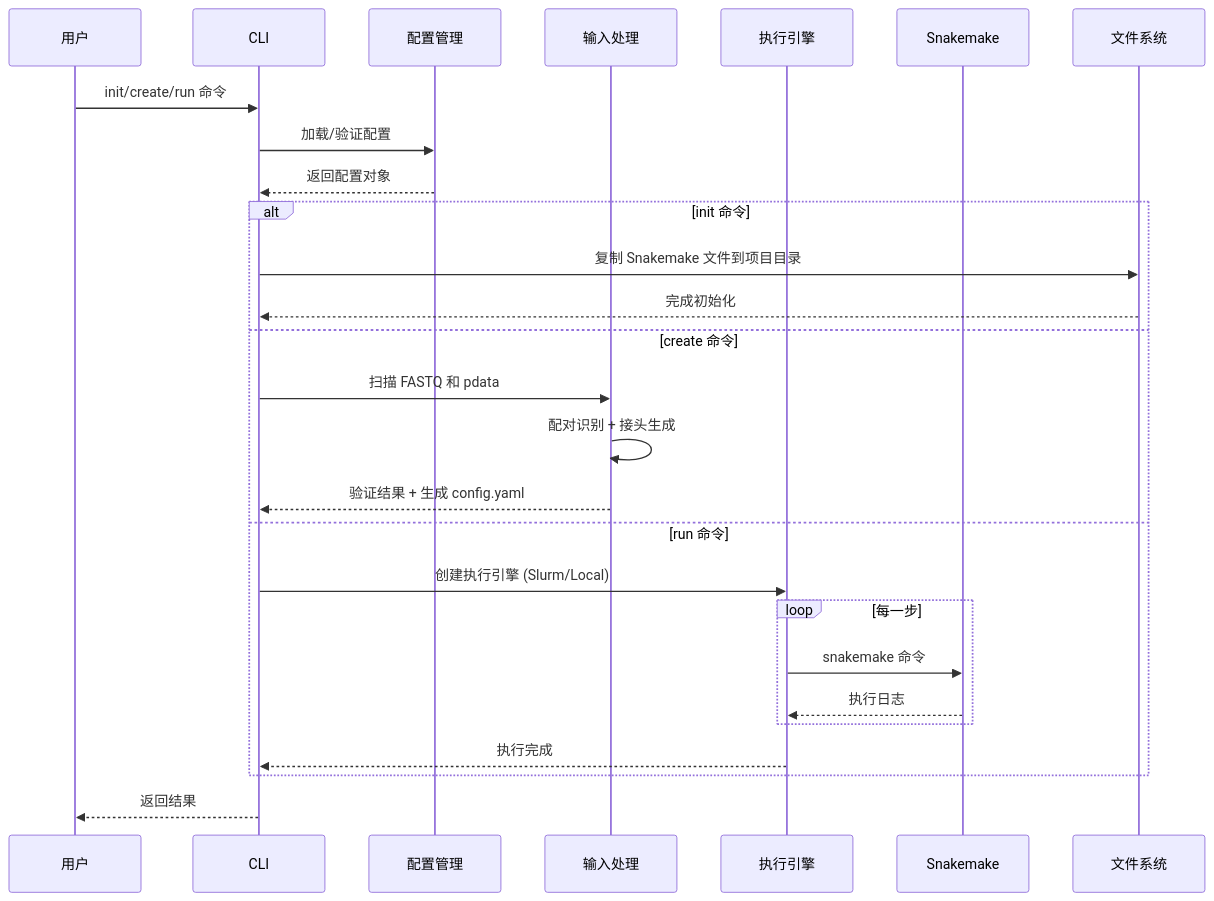
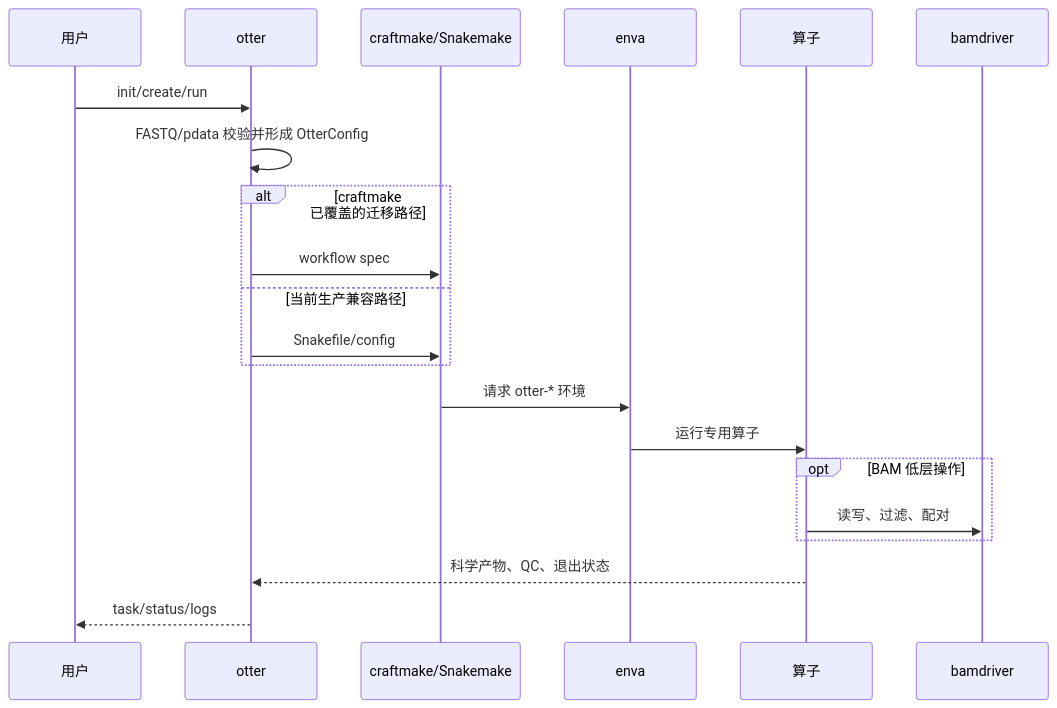
The second of 2 diagrams in docs/architecture.md (rainoffallingstar/otter-release), drawn with Mermaid before and after one commit. The commit also changed other lines of this file and 126 other files, not shown here.

````diff
--- a/docs/architecture.md
+++ b/docs/architecture.md
@@ -108,32 +69,24 @@
 ```mermaid
 sequenceDiagram
     participant U as 用户
-    participant CLI as CLI
-    participant C as 配置管理
-    participant I as 输入处理
-    participant E as 执行引擎
-    participant S as Snakemake
-    participant F as 文件系统
+    participant O as otter
+    participant W as craftmake/Snakemake
+    participant E as enva
+    participant P as 算子
+    participant B as bamdriver
 
-    U->>CLI: init/create/run 命令
-    CLI->>C: 加载/验证配置
-    C-->>CLI: 返回配置对象
-
-    alt init 命令
-        CLI->>F: 复制 Snakemake 文件到项目目录
-        F-->>CLI: 完成初始化
-    else create 命令
-        CLI->>I: 扫描 FASTQ 和 pdata
-        I->>I: 配对识别 + 接头生成
-        I-->>CLI: 验证结果 + 生成 config.yaml
-    else run 命令
-        CLI->>E: 创建执行引擎 (Slurm/Local)
-        loop 每一步
-            E->>S: snakemake 命令
-            S-->>E: 执行日志
-        end
-        E-->>CLI: 执行完成
+    U->>O: init/create/run
+    O->>O: FASTQ/pdata 校验并形成 OtterConfig
+    alt craftmake 已覆盖的迁移路径
+        O->>W: workflow spec
+    else 当前生产兼容路径
+        O->>W: Snakefile/config
     end
-
-    CLI-->>U: 返回结果
+    W->>E: 请求 otter-* 环境
+    E->>P: 运行专用算子
+    opt BAM 低层操作
+        P->>B: 读写、过滤、配对
+    end
+    P-->>O: 科学产物、QC、退出状态
+    O-->>U: task/status/logs
 ```
````
